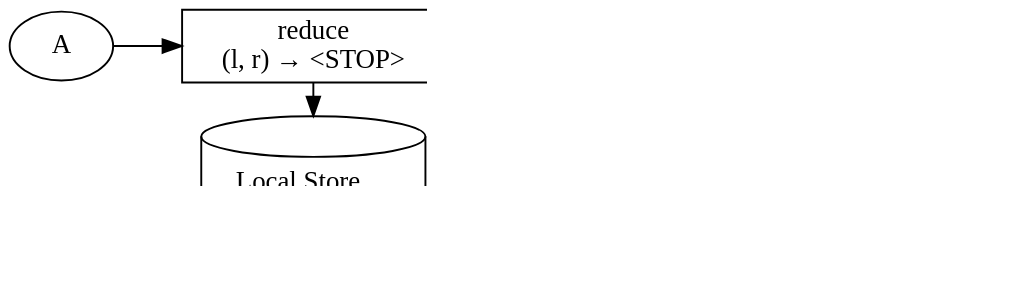
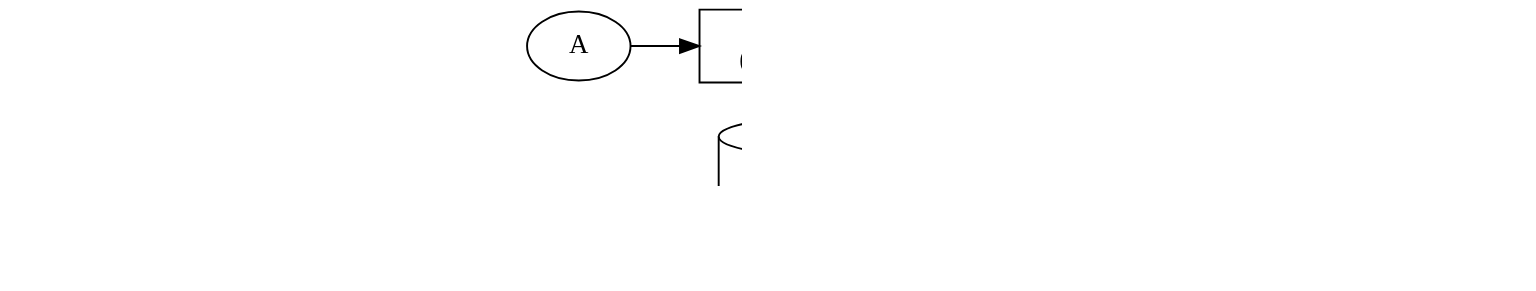
Diagram 11 of 23 in slides/src/main/asciidoc/lecture.adoc (inponomarev/kstreams-testing-pitfalls), drawn with Graphviz before and after one commit. The commit also changed other lines of this file, not shown here.

```diff
--- a/slides/src/main/asciidoc/lecture.adoc
+++ b/slides/src/main/asciidoc/lecture.adoc
@@ -453,26 +479,34 @@
 [graphviz,"wrong-topology4.png"]
 ----
 digraph G {
 graph [ dpi = 180 ];
 rankdir="LR";
 A1[label="A"];
 B1[label="<STOP>"];
 A2[label="A"];
 B2[label="B"];
 
 A1 -> Reduce -> B1 -> B2 -> A2 ;
 
 Reduce[shape=box,label="reduce \n (l, r) → <STOP>"]
 
 Store[shape=cylinder,label=<<table cellspacing="5" cellborder="0"  border="0">
         <tr><td colspan="2">Local Store</td></tr>
         <tr><td>A</td><vr/><td>A</td></tr>
         <tr><td>B</td><vr/><td>&lt;STOP&gt;</td></tr>
         </table>>];
 
 Reduce->Store;
 
 {rank = same; Store; Reduce; }
 
+#padding with invisible nodes
+D1->D2->S1->A1[style="invis"];
+A2->S2[style="invis"];
+D1[label="A", style="invis"];
+D2[label="A", style="invis"];
+S1[label="A", style="invis"];
+S2[label="<STOP>", style="invis"];
+
 }
 ----
```
